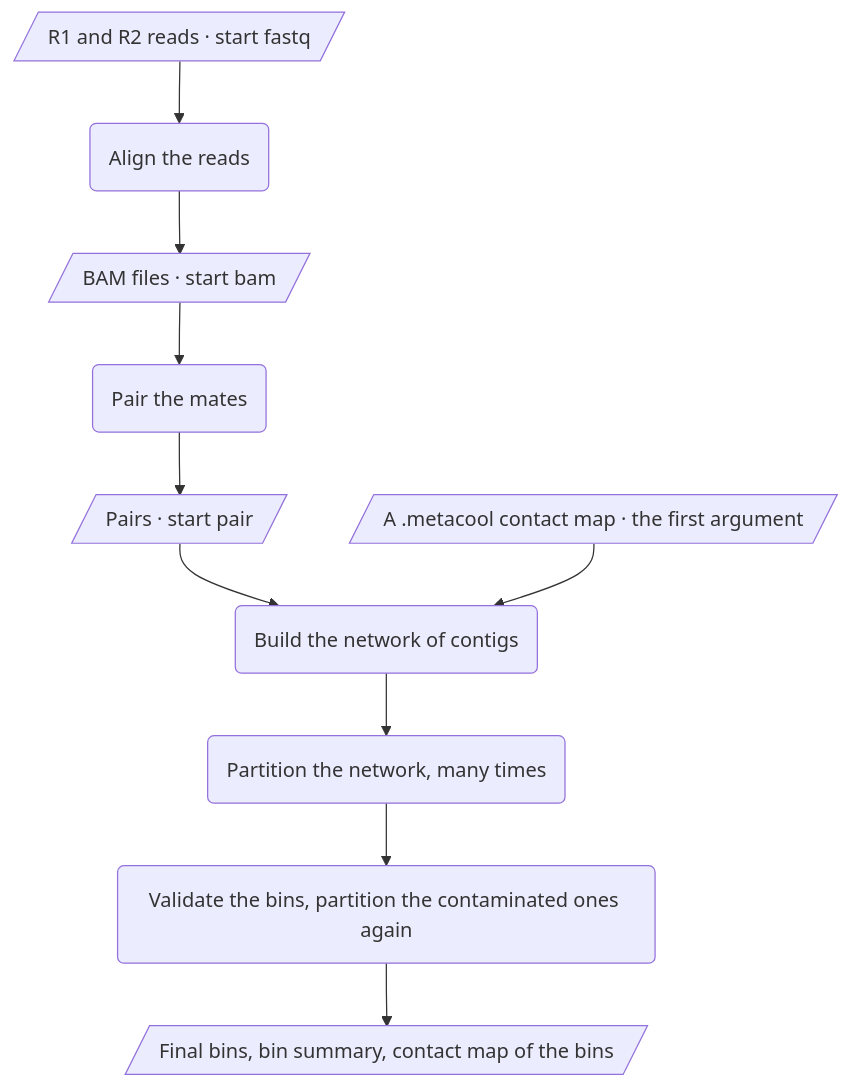
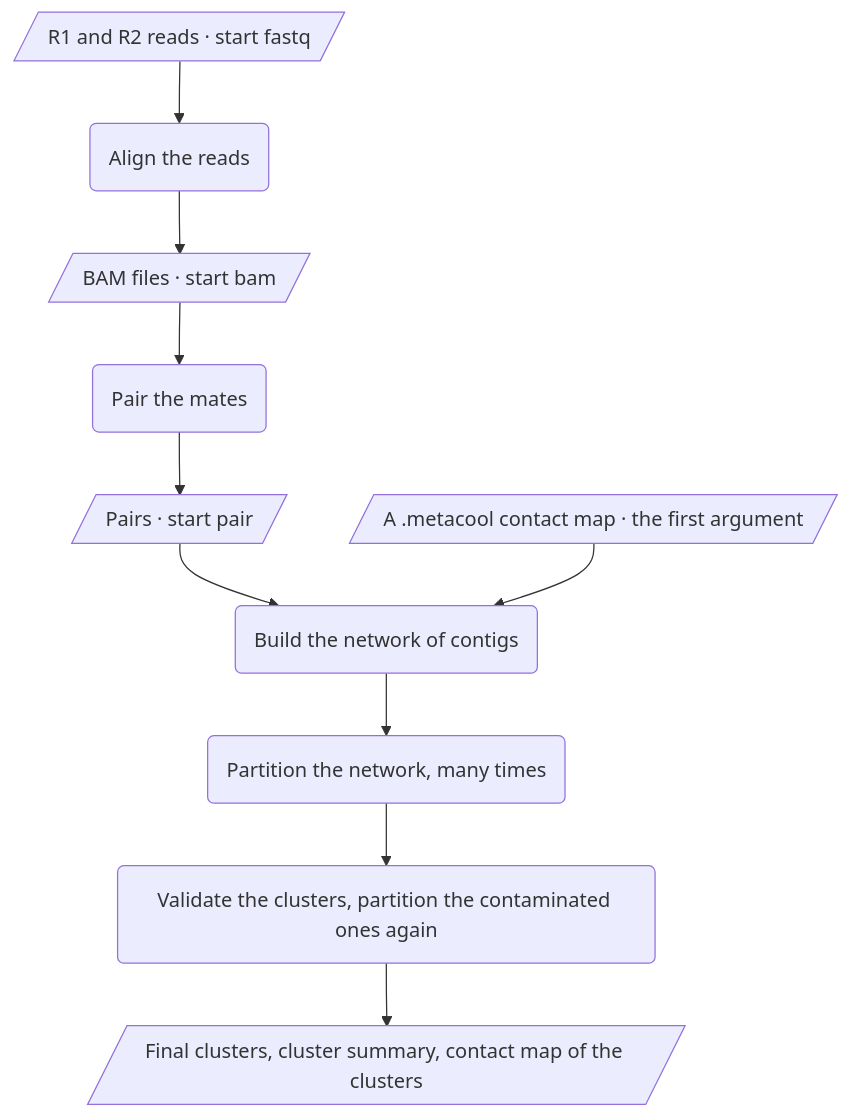
One commit to koszullab/metaTOR changed the diagram in docs/concepts.md. Above: the diagram before and after it, drawn with Mermaid. The commit also changed other lines of this file and 102 other files, not shown here.

First line of the commit message:
feat!: name the outputs of a run after clusters, not bins (#72)

````diff
--- a/docs/concepts.md
+++ b/docs/concepts.md
@@ -25,21 +25,21 @@
 ```mermaid
 ---
 config:
   flowchart:
     wrappingWidth: 400
 ---
 flowchart TD
     reads[/"R1 and R2 reads · start fastq"/]
     align("Align the reads")
     bams[/"BAM files · start bam"/]
     pair("Pair the mates")
     pairs[/"Pairs · start pair"/]
     map[/"A .metacool contact map · the first argument"/]
     network("Build the network of contigs")
     partition("Partition the network, many times")
-    validation("Validate the bins, partition the contaminated ones again")
-    bins[/"Final bins, bin summary, contact map of the bins"/]
+    validation("Validate the clusters, partition the contaminated ones again")
+    clusters[/"Final clusters, cluster summary, contact map of the clusters"/]
     reads --> align --> bams --> pair --> pairs --> network
     map --> network
-    network --> partition --> validation --> bins
+    network --> partition --> validation --> clusters
 ```
````
